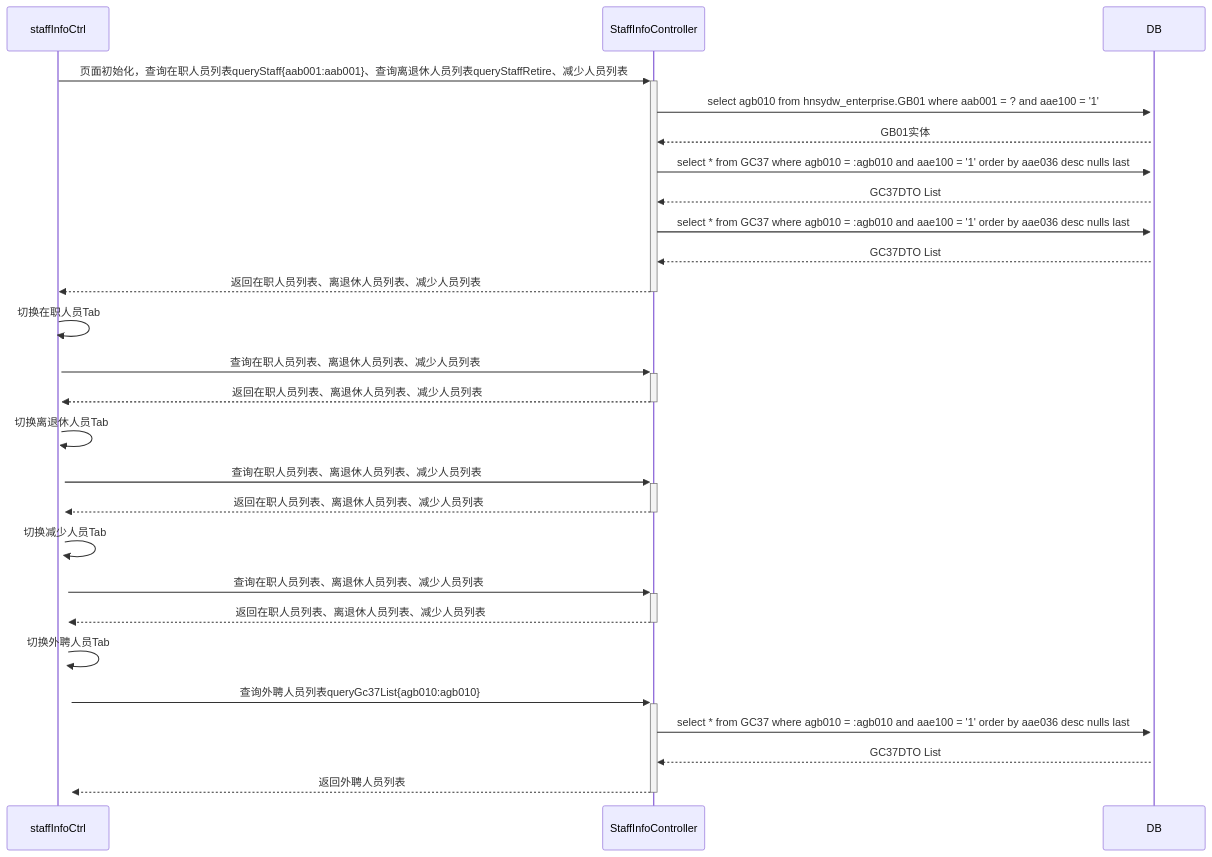
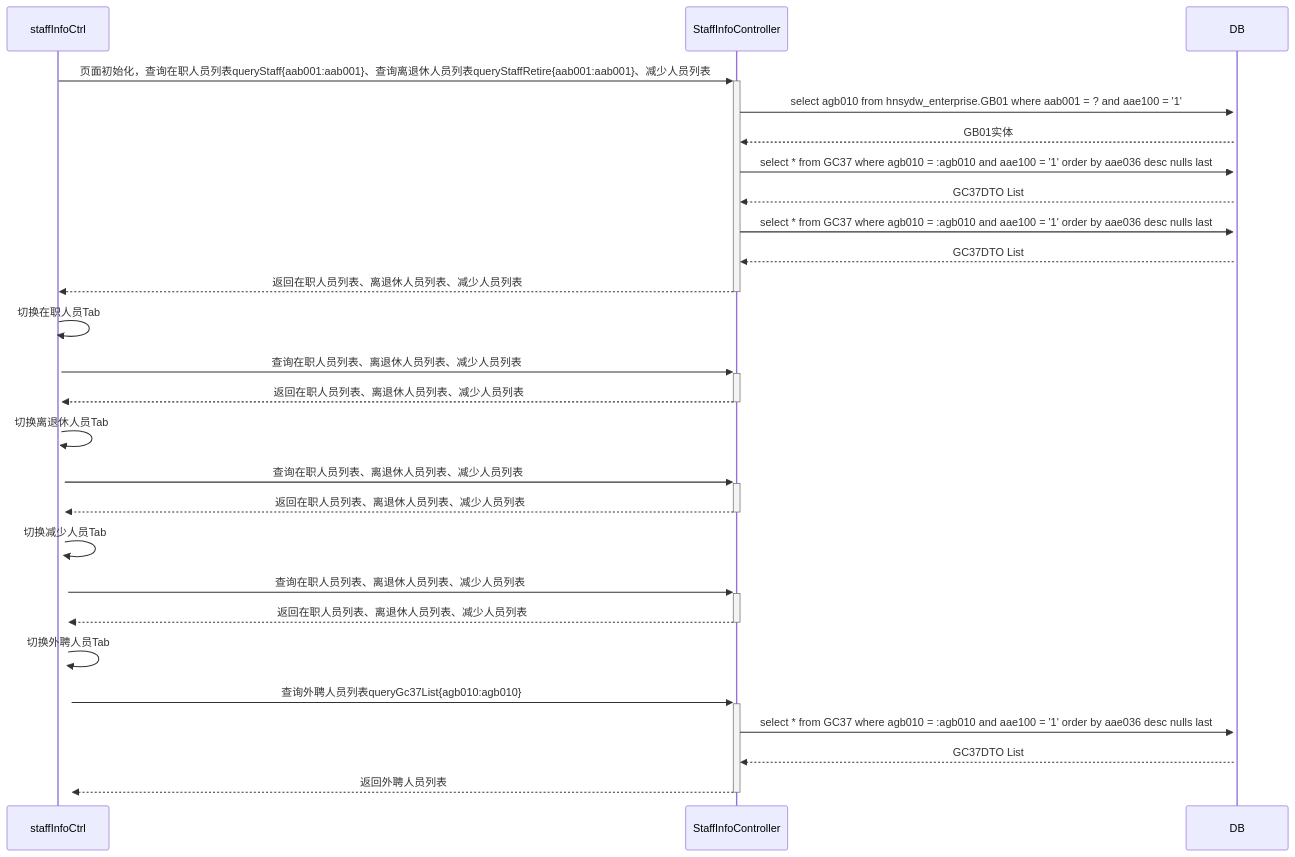
One commit to ZhangJianBeiJing/iodraw-files changed the diagram in all/人员基本信息初始化页面多Tab调用业务流程.md. Above: the diagram before and after it, drawn with Mermaid.

Commit message:
2025-03-25 10:40:53 update

````diff
--- a/all/人员基本信息初始化页面多Tab调用业务流程.md
+++ b/all/人员基本信息初始化页面多Tab调用业务流程.md
@@ -1,25 +1,25 @@
 ```mermaid
 sequenceDiagram
-    staffInfoCtrl->>+StaffInfoController: 页面初始化，查询在职人员列表queryStaff{aab001:aab001}、查询离退休人员列表queryStaffRetire、减少人员列表
+    staffInfoCtrl->>+StaffInfoController: 页面初始化，查询在职人员列表queryStaff{aab001:aab001}、查询离退休人员列表queryStaffRetire{aab001:aab001}、减少人员列表
     StaffInfoController->>+DB:select agb010 from hnsydw_enterprise.GB01 where aab001 = ? and aae100 = '1'
     DB-->>StaffInfoController:GB01实体
     StaffInfoController->>+DB:select * from GC37 where agb010 = :agb010 and aae100 = '1' order by aae036 desc nulls last
     DB-->>StaffInfoController:GC37DTO List
     StaffInfoController->>+DB:select * from GC37 where agb010 = :agb010 and aae100 = '1' order by aae036 desc nulls last
     DB-->>StaffInfoController:GC37DTO List
     StaffInfoController-->>-staffInfoCtrl:返回在职人员列表、离退休人员列表、减少人员列表
     staffInfoCtrl->>+staffInfoCtrl:切换在职人员Tab
     staffInfoCtrl->>+StaffInfoController:查询在职人员列表、离退休人员列表、减少人员列表
     StaffInfoController-->>-staffInfoCtrl:返回在职人员列表、离退休人员列表、减少人员列表
     staffInfoCtrl->>+staffInfoCtrl:切换离退休人员Tab
     staffInfoCtrl->>+StaffInfoController:查询在职人员列表、离退休人员列表、减少人员列表
     StaffInfoController-->>-staffInfoCtrl:返回在职人员列表、离退休人员列表、减少人员列表
     staffInfoCtrl->>+staffInfoCtrl:切换减少人员Tab
     staffInfoCtrl->>+StaffInfoController:查询在职人员列表、离退休人员列表、减少人员列表
     StaffInfoController-->>-staffInfoCtrl:返回在职人员列表、离退休人员列表、减少人员列表
     staffInfoCtrl->>+staffInfoCtrl:切换外聘人员Tab
     staffInfoCtrl->>+StaffInfoController:查询外聘人员列表queryGc37List{agb010:agb010}
     StaffInfoController->>+DB:select * from GC37 where agb010 = :agb010 and aae100 = '1' order by aae036 desc nulls last
     DB-->>StaffInfoController:GC37DTO List 
     StaffInfoController-->>-staffInfoCtrl:返回外聘人员列表
 ```
````
